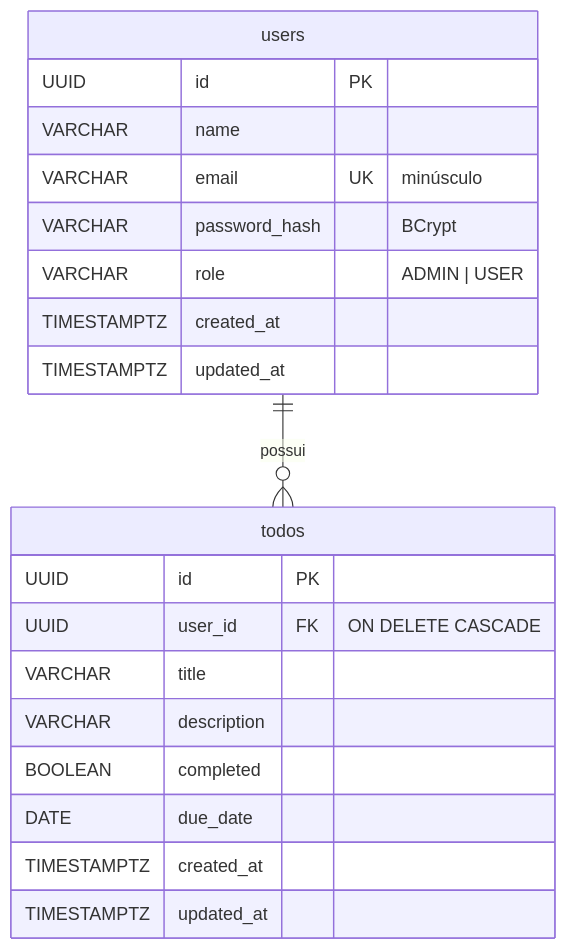
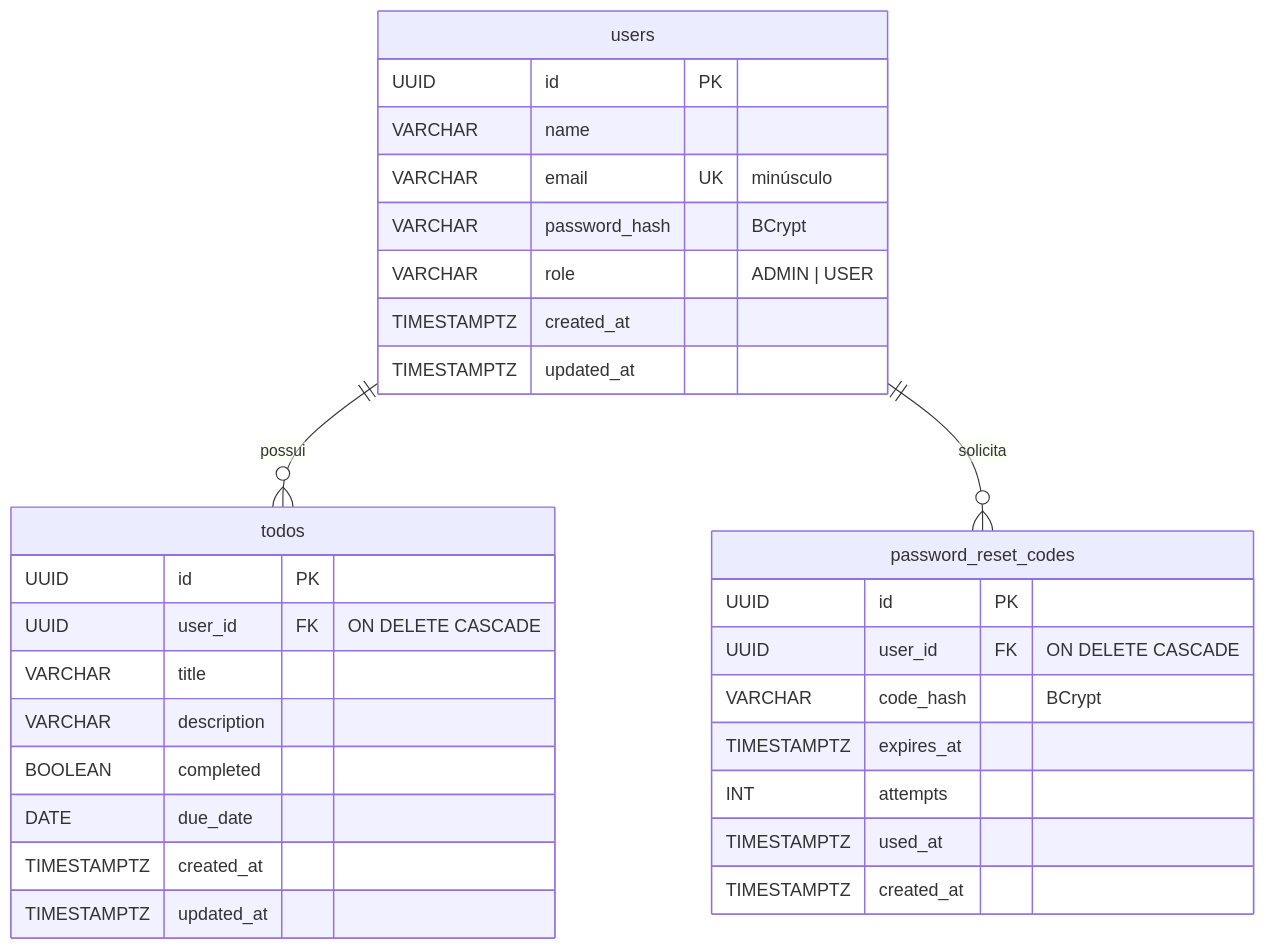
Before and after one commit to arthuurdp/distr-arch-todo-list: the third of 5 diagrams in docs/ARQUITETURA.md, drawn with Mermaid. The commit also changed other lines of this file and 50 other files, not shown here.

````diff
--- a/docs/ARQUITETURA.md
+++ b/docs/ARQUITETURA.md
@@ -70,23 +69,33 @@
 ```mermaid
 erDiagram
     users ||--o{ todos : "possui"
+    users ||--o{ password_reset_codes : "solicita"
     users {
         UUID id PK
         VARCHAR name
         VARCHAR email UK "minúsculo"
         VARCHAR password_hash "BCrypt"
         VARCHAR role "ADMIN | USER"
         TIMESTAMPTZ created_at
         TIMESTAMPTZ updated_at
     }
     todos {
         UUID id PK
         UUID user_id FK "ON DELETE CASCADE"
         VARCHAR title
         VARCHAR description
         BOOLEAN completed
         DATE due_date
         TIMESTAMPTZ created_at
         TIMESTAMPTZ updated_at
     }
+    password_reset_codes {
+        UUID id PK
+        UUID user_id FK "ON DELETE CASCADE"
+        VARCHAR code_hash "BCrypt"
+        TIMESTAMPTZ expires_at
+        INT attempts
+        TIMESTAMPTZ used_at
+        TIMESTAMPTZ created_at
+    }
 ```
````
